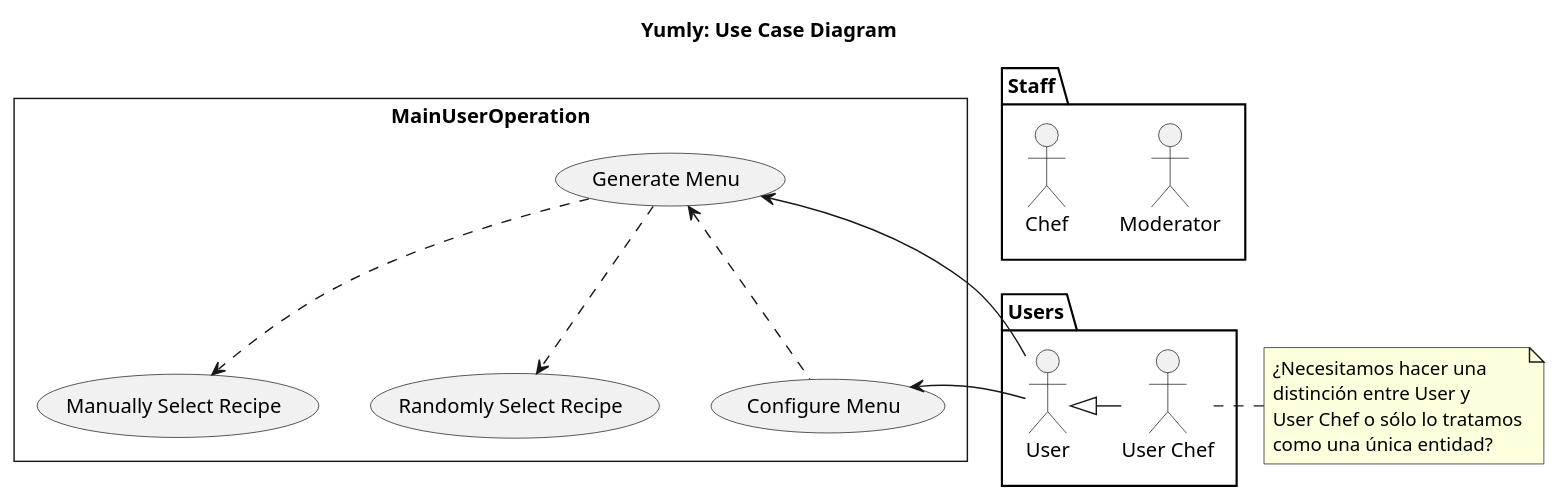
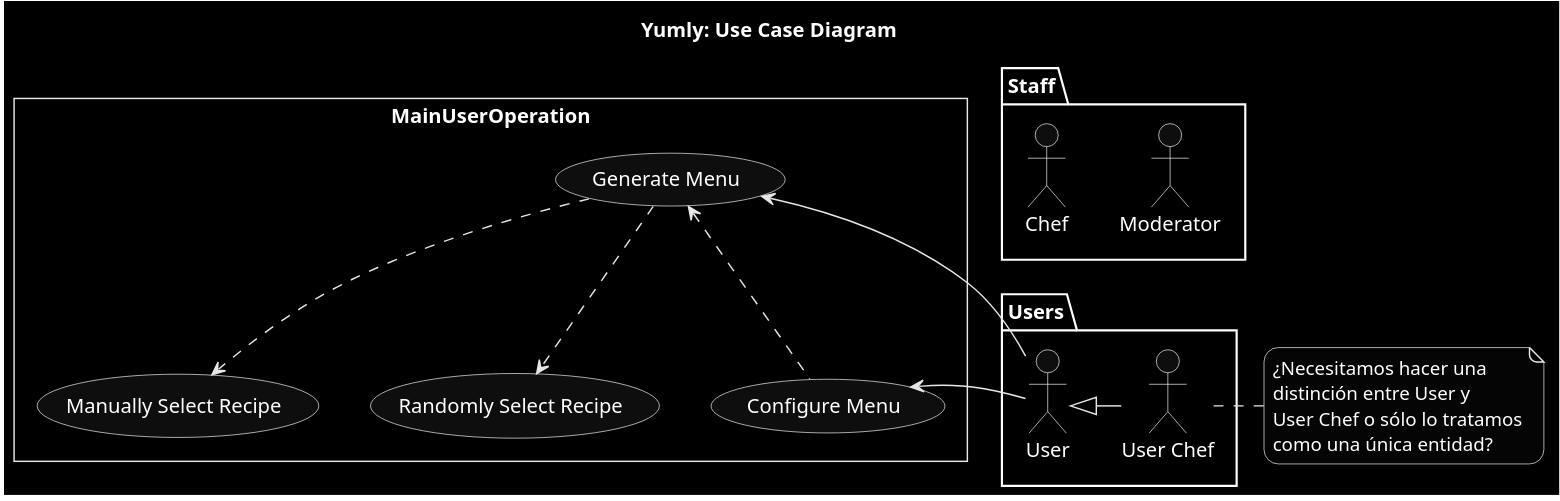
The diagram in Design/yumlyUseCases.plantuml (VashLT/Yumly), drawn with PlantUML before and after one commit. The commit also changed 1 other file, not shown here.

Commit message:
Updated UML

```diff
--- a/Design/yumlyUseCases.plantuml
+++ b/Design/yumlyUseCases.plantuml
@@ -1,46 +1,49 @@
 @startuml yumlyUseCases
 
     title Yumly: Use Case Diagram
 
     skinparam Style strictuml 
     skinparam SequenceMessageAlignment center
+    
+    skinparam monochrome reverse
+    skinparam roundcorner 20
 
     ' Definitions
         ' Actors
         package Staff {
-            Actor :Moderator: 
+            Actor :Moderator:                                                                                
             Actor :Chef:
         }
 
         package Users {
             Actor :User: as U
             Actor :User Chef: as UC
         }
 
         ' Use Cases
         rectangle MainUserOperation {
             usecase (Generate Menu) as (GenMen)
             usecase (Manually Select Recipe) as (SelRec)
             usecase (Randomly Select Recipe) as (RndRec)
             usecase (Configure Menu) as (ConMen)
         }
 
         ' Relationships
             ' Users
             U <|-right- UC
             note left of UC
                 ¿Necesitamos hacer una 
                 distinción entre User y
                 User Chef o sólo lo tratamos
                 como una única entidad?
             end note
 
             ' Use cases
             GenMen .down.> SelRec
             GenMen .down.> RndRec
             GenMen <.down. ConMen
 
             ' Users to use cases
             U -up-> GenMen
             U --> ConMen
 @enduml
```
